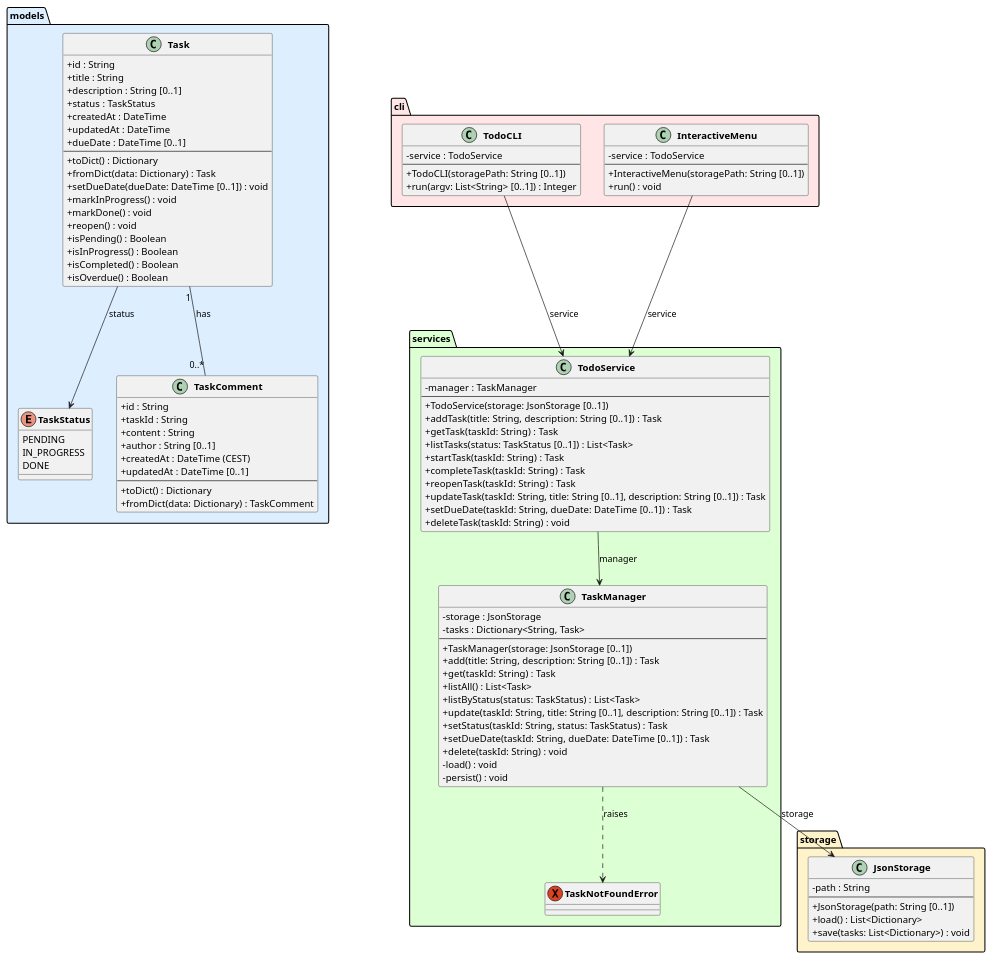
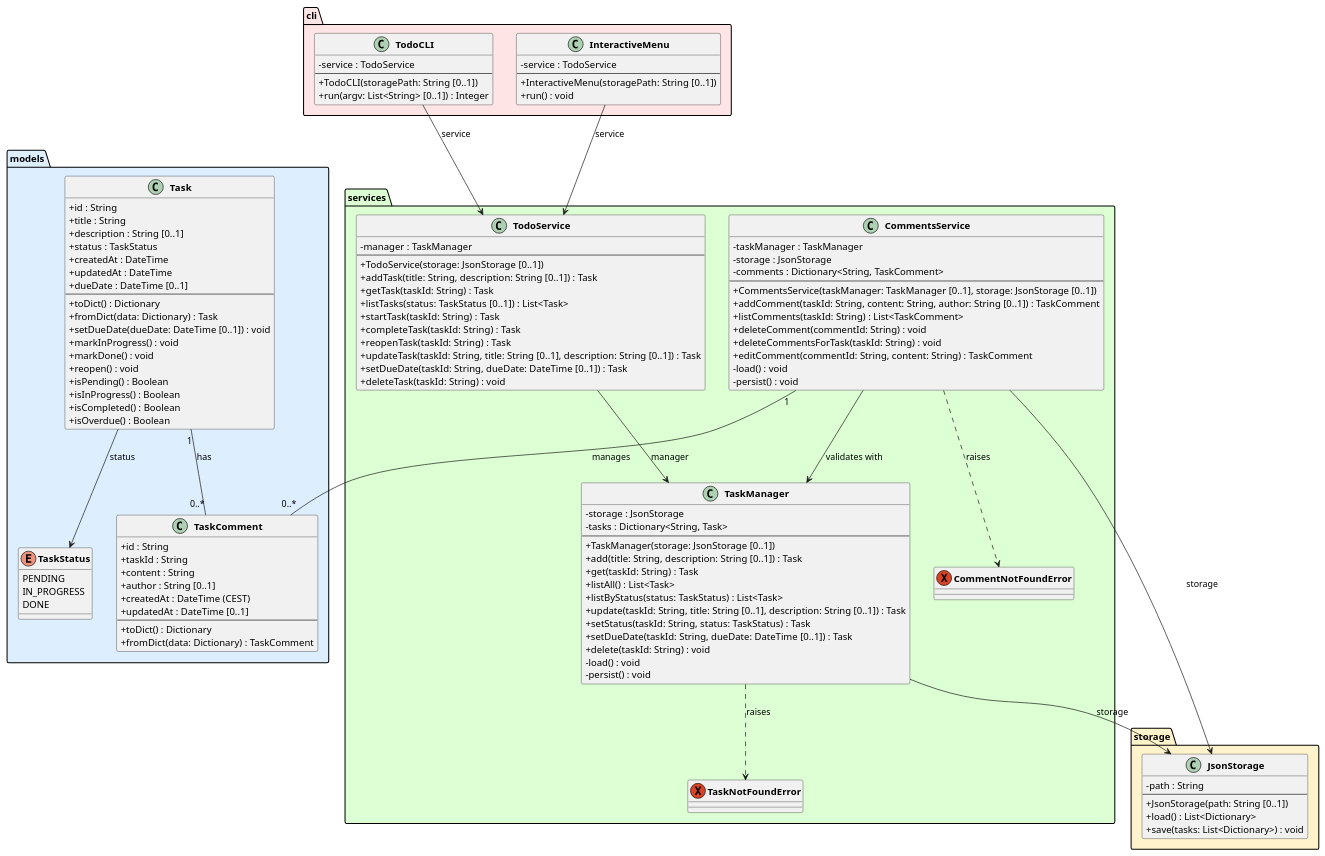
The diagram in experiments/broadcast/user_stories/TODO/artifacts/class_diagram.puml (DanielRiha8906/Software_autoevolution_using_agents), drawn with PlantUML before and after one commit. The commit also changed 2 other files, not shown here.

Commit message:
task 04 | broadcast / user_stories / TODO | CommentsService
Implement CommentsService for managing TaskComment lifecycle:
- Add comment to task with task existence validation
- List all comments for a task (ordered by created_at)
- Delete individual comments or all comments for a task (cascade)
- Edit comment content with updated_at timestamp (bonus)

All 3 broadcast candidates converged on identical implementation:
- 103 tests passing (26 new + 77 existing)
- Separate JSON storage for comments
- Integrates with TaskManager for validation
- Full CRUD operations with persistence

Files changed:
- src/services/comments_service.py (new)
- src/services/__init__.py (exports)
- tests/test_comments_service.py (26 tests)
- artifacts/class_diagram.puml (updated)
- artifacts/component_diagram.puml (updated)
- progress.md (documented)

```diff
--- a/experiments/broadcast/user_stories/TODO/artifacts/class_diagram.puml
+++ b/experiments/broadcast/user_stories/TODO/artifacts/class_diagram.puml
@@ -1,117 +1,137 @@
 @startuml class_diagram
 
 skinparam classAttributeIconSize 0
 skinparam classFontStyle bold
 
 package "models" #DDEEFF {
     enum TaskStatus {
         PENDING
         IN_PROGRESS
         DONE
     }
 
     class Task {
         +id : String
         +title : String
         +description : String [0..1]
         +status : TaskStatus
         +createdAt : DateTime
         +updatedAt : DateTime
         +dueDate : DateTime [0..1]
         --
         +toDict() : Dictionary
         +fromDict(data: Dictionary) : Task
         +setDueDate(dueDate: DateTime [0..1]) : void
         +markInProgress() : void
         +markDone() : void
         +reopen() : void
         +isPending() : Boolean
         +isInProgress() : Boolean
         +isCompleted() : Boolean
         +isOverdue() : Boolean
     }
 
     class TaskComment {
         +id : String
         +taskId : String
         +content : String
         +author : String [0..1]
         +createdAt : DateTime (CEST)
         +updatedAt : DateTime [0..1]
         --
         +toDict() : Dictionary
         +fromDict(data: Dictionary) : TaskComment
     }
 }
 
 package "storage" #FFF3CC {
     class JsonStorage {
         -path : String
         --
         +JsonStorage(path: String [0..1])
         +load() : List<Dictionary>
         +save(tasks: List<Dictionary>) : void
     }
 }
 
 package "services" #DDFFD4 {
     exception TaskNotFoundError
+    exception CommentNotFoundError
 
     class TaskManager {
         -storage : JsonStorage
         -tasks : Dictionary<String, Task>
         --
         +TaskManager(storage: JsonStorage [0..1])
         +add(title: String, description: String [0..1]) : Task
         +get(taskId: String) : Task
         +listAll() : List<Task>
         +listByStatus(status: TaskStatus) : List<Task>
         +update(taskId: String, title: String [0..1], description: String [0..1]) : Task
         +setStatus(taskId: String, status: TaskStatus) : Task
         +setDueDate(taskId: String, dueDate: DateTime [0..1]) : Task
         +delete(taskId: String) : void
+        -load() : void
+        -persist() : void
+    }
+
+    class CommentsService {
+        -taskManager : TaskManager
+        -storage : JsonStorage
+        -comments : Dictionary<String, TaskComment>
+        --
+        +CommentsService(taskManager: TaskManager [0..1], storage: JsonStorage [0..1])
+        +addComment(taskId: String, content: String, author: String [0..1]) : TaskComment
+        +listComments(taskId: String) : List<TaskComment>
+        +deleteComment(commentId: String) : void
+        +deleteCommentsForTask(taskId: String) : void
+        +editComment(commentId: String, content: String) : TaskComment
         -load() : void
         -persist() : void
     }
 
     class TodoService {
         -manager : TaskManager
         --
         +TodoService(storage: JsonStorage [0..1])
         +addTask(title: String, description: String [0..1]) : Task
         +getTask(taskId: String) : Task
         +listTasks(status: TaskStatus [0..1]) : List<Task>
         +startTask(taskId: String) : Task
         +completeTask(taskId: String) : Task
         +reopenTask(taskId: String) : Task
         +updateTask(taskId: String, title: String [0..1], description: String [0..1]) : Task
         +setDueDate(taskId: String, dueDate: DateTime [0..1]) : Task
         +deleteTask(taskId: String) : void
     }
 }
 
 package "cli" #FFE5E5 {
     class TodoCLI {
         -service : TodoService
         --
         +TodoCLI(storagePath: String [0..1])
         +run(argv: List<String> [0..1]) : Integer
     }
 
     class InteractiveMenu {
         -service : TodoService
         --
         +InteractiveMenu(storagePath: String [0..1])
         +run() : void
     }
 }
 
 Task --> TaskStatus : status
 Task "1" -- "0..*" TaskComment : has
 TaskManager --> JsonStorage : storage
 TaskManager ..> TaskNotFoundError : raises
+CommentsService --> TaskManager : validates with
+CommentsService --> JsonStorage : storage
+CommentsService "1" -- "0..*" TaskComment : manages
+CommentsService ..> CommentNotFoundError : raises
 TodoService --> TaskManager : manager
 TodoCLI --> TodoService : service
 InteractiveMenu --> TodoService : service
 
 @enduml
```
